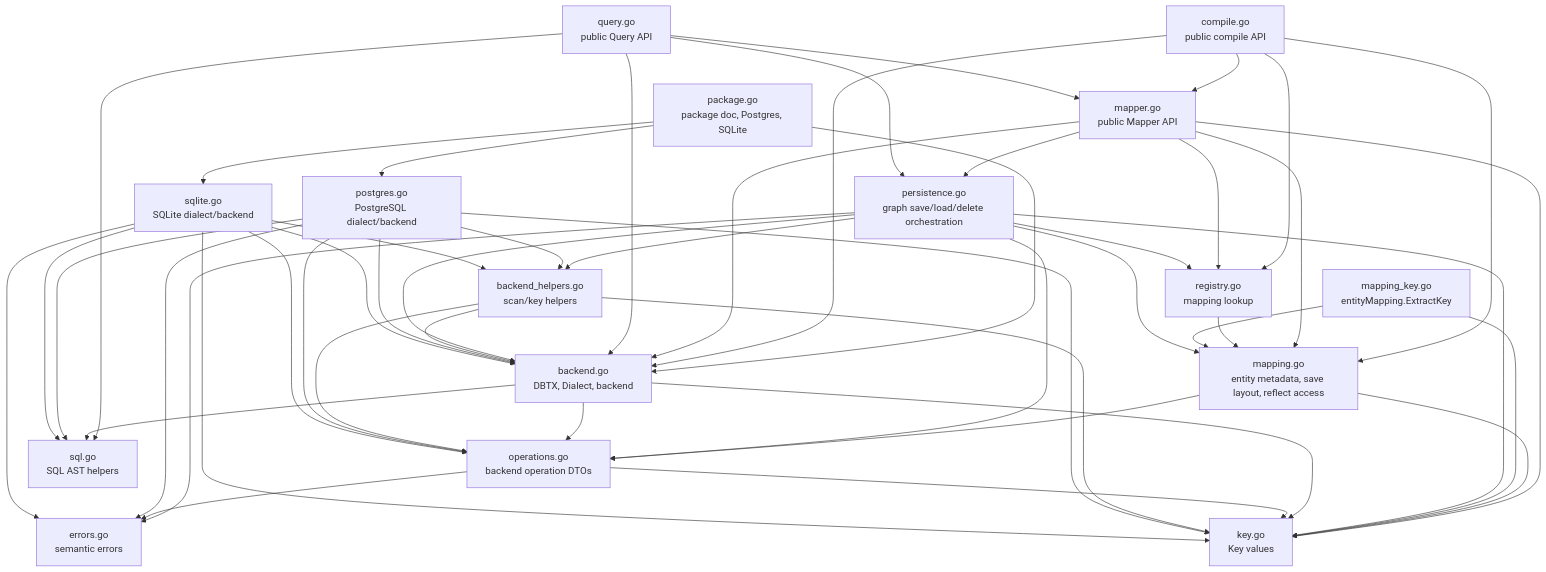
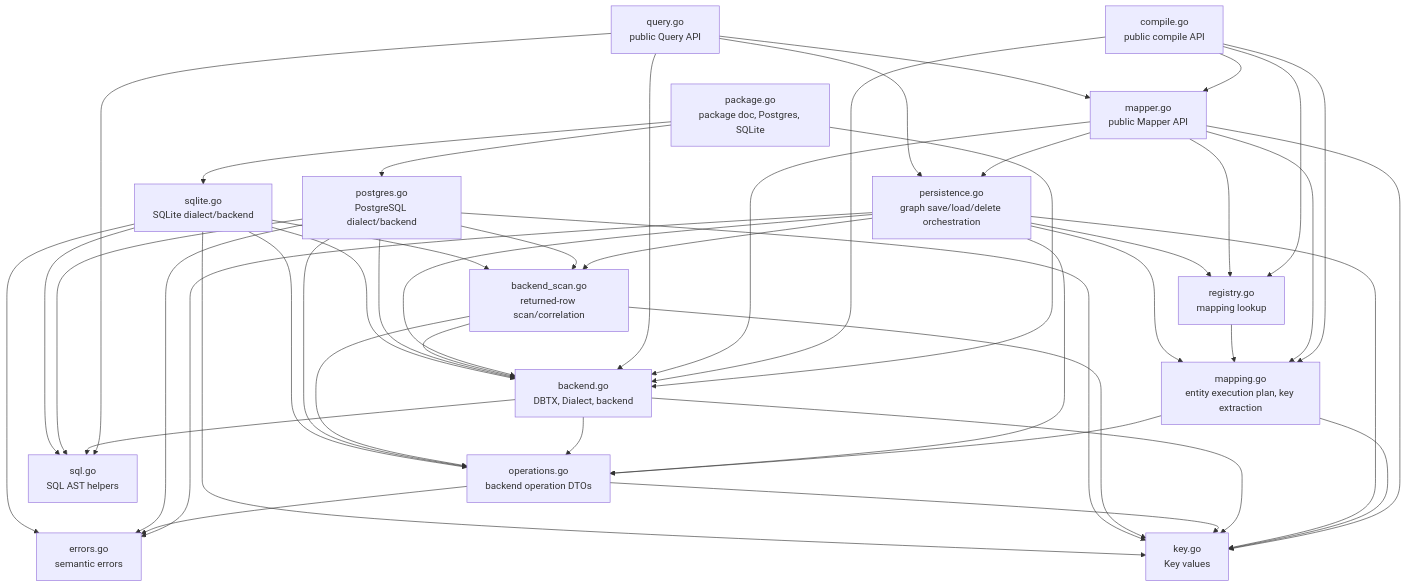
Before and after one commit to hanpama/ormapper: the diagram in ormapper-deps.md, drawn with Mermaid. The commit also changed other lines of this file and 8 other files, not shown here.

````diff
--- a/ormapper-deps.md
+++ b/ormapper-deps.md
@@ -9,81 +9,78 @@
 ```mermaid
 graph TD
   package_go["package.go\npackage doc, Postgres, SQLite"]
   backend_go["backend.go\nDBTX, Dialect, backend"]
   compile_go["compile.go\npublic compile API"]
   mapper_go["mapper.go\npublic Mapper API"]
   query_go["query.go\npublic Query API"]
 
   registry_go["registry.go\nmapping lookup"]
-  mapping_go["mapping.go\nentity metadata, save layout, reflect access"]
-  mapping_key_go["mapping_key.go\nentityMapping.ExtractKey"]
+  mapping_go["mapping.go\nentity execution plan, key extraction"]
 
   persistence_go["persistence.go\ngraph save/load/delete orchestration"]
   operations_go["operations.go\nbackend operation DTOs"]
-  backend_helpers_go["backend_helpers.go\nscan/key helpers"]
+  backend_scan_go["backend_scan.go\nreturned-row scan/correlation"]
   sql_go["sql.go\nSQL AST helpers"]
   errors_go["errors.go\nsemantic errors"]
   key_go["key.go\nKey values"]
 
   postgres_go["postgres.go\nPostgreSQL dialect/backend"]
   sqlite_go["sqlite.go\nSQLite dialect/backend"]
 
   package_go --> postgres_go
   package_go --> sqlite_go
   package_go --> backend_go
 
   compile_go --> mapper_go
   compile_go --> backend_go
   compile_go --> mapping_go
   compile_go --> registry_go
 
   mapper_go --> backend_go
   mapper_go --> registry_go
   mapper_go --> persistence_go
   mapper_go --> mapping_go
   mapper_go --> key_go
 
   query_go --> backend_go
   query_go --> mapper_go
   query_go --> persistence_go
   query_go --> sql_go
 
   registry_go --> mapping_go
   mapping_go --> key_go
   mapping_go --> operations_go
-  mapping_key_go --> mapping_go
-  mapping_key_go --> key_go
 
   persistence_go --> backend_go
   persistence_go --> registry_go
   persistence_go --> mapping_go
   persistence_go --> operations_go
-  persistence_go --> backend_helpers_go
+  persistence_go --> backend_scan_go
   persistence_go --> errors_go
   persistence_go --> key_go
 
   backend_go --> operations_go
   backend_go --> sql_go
   backend_go --> key_go
 
   operations_go --> errors_go
   operations_go --> key_go
 
-  backend_helpers_go --> backend_go
-  backend_helpers_go --> operations_go
-  backend_helpers_go --> key_go
+  backend_scan_go --> backend_go
+  backend_scan_go --> operations_go
+  backend_scan_go --> key_go
 
   postgres_go --> backend_go
-  postgres_go --> backend_helpers_go
+  postgres_go --> backend_scan_go
   postgres_go --> operations_go
   postgres_go --> sql_go
   postgres_go --> errors_go
   postgres_go --> key_go
 
   sqlite_go --> backend_go
-  sqlite_go --> backend_helpers_go
+  sqlite_go --> backend_scan_go
   sqlite_go --> operations_go
   sqlite_go --> sql_go
   sqlite_go --> errors_go
   sqlite_go --> key_go
 ```
````
